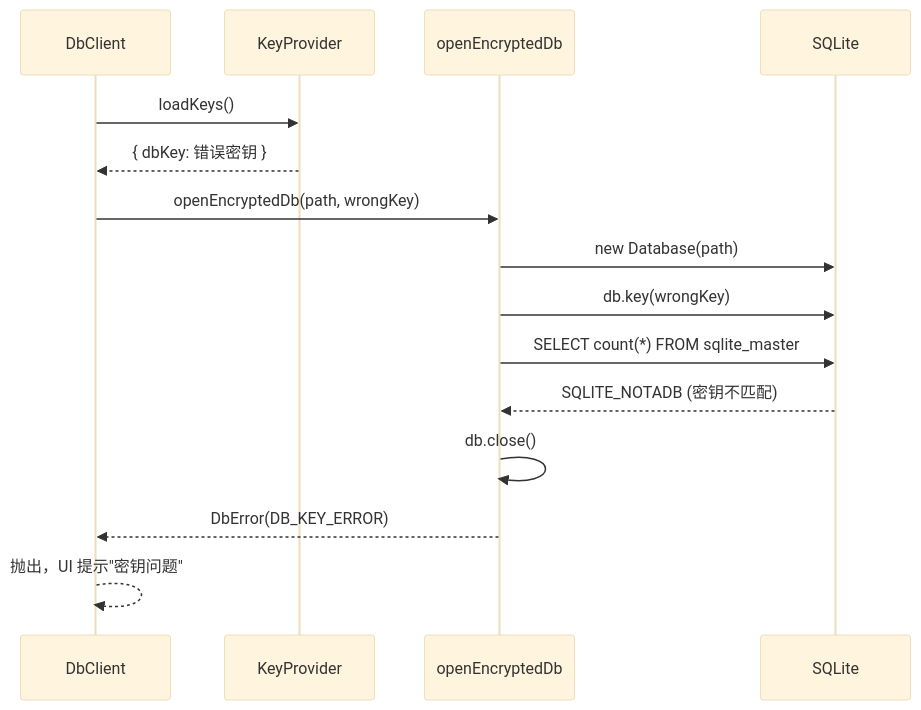
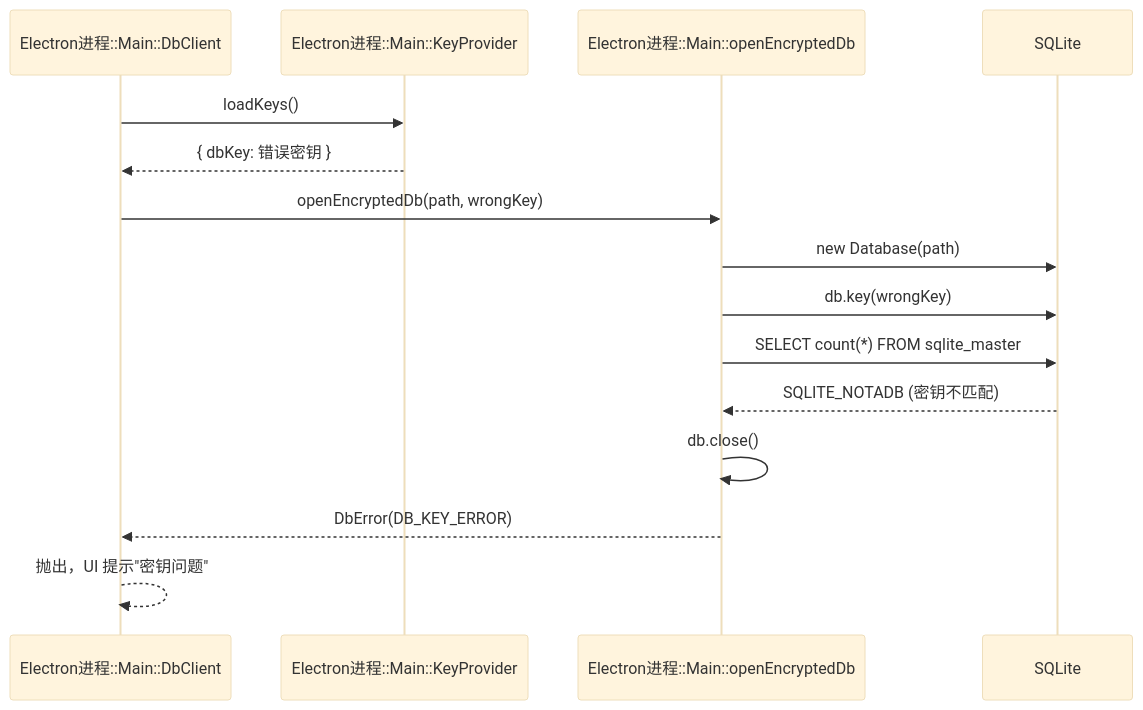
One commit to lupnfer/vue_with_csdk changed the seventh of 12 diagrams in docs/architecture-diagrams.md. Above: the diagram before and after it, drawn with Mermaid (base theme). The commit also changed other lines of this file, not shown here.

Commit message:
docs: 统一时序图 participant 命名为 Electron进程::模块 格式

````diff
--- a/docs/architecture-diagrams.md
+++ b/docs/architecture-diagrams.md
@@ -356,18 +356,18 @@
 ```mermaid
 sequenceDiagram
-    participant M as DbClient
-    participant K as KeyProvider
-    participant D as openEncryptedDb
+    participant M as Electron进程::Main::DbClient
+    participant K as Electron进程::Main::KeyProvider
+    participant D as Electron进程::Main::openEncryptedDb
     participant DB as SQLite
 
     M->>K: loadKeys()
     K-->>M: { dbKey: 错误密钥 }
     M->>D: openEncryptedDb(path, wrongKey)
     D->>DB: new Database(path)
     D->>DB: db.key(wrongKey)
     D->>DB: SELECT count(*) FROM sqlite_master
     DB-->>D: SQLITE_NOTADB (密钥不匹配)
     D->>D: db.close()
     D-->>M: DbError(DB_KEY_ERROR)
     M-->>M: 抛出，UI 提示"密钥问题"
 ```
````
